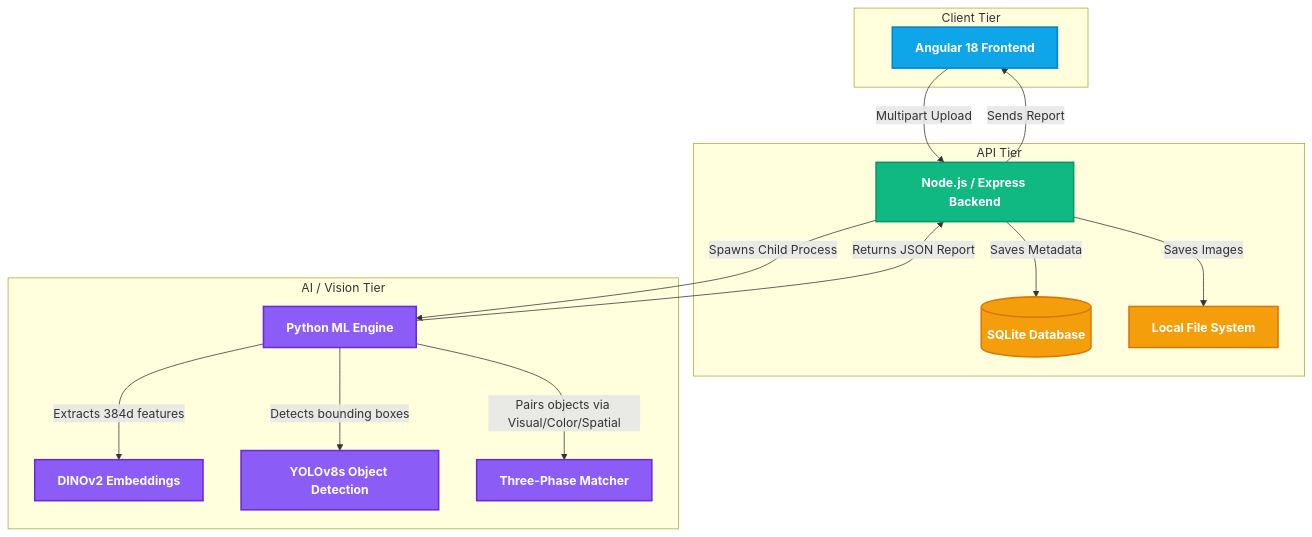
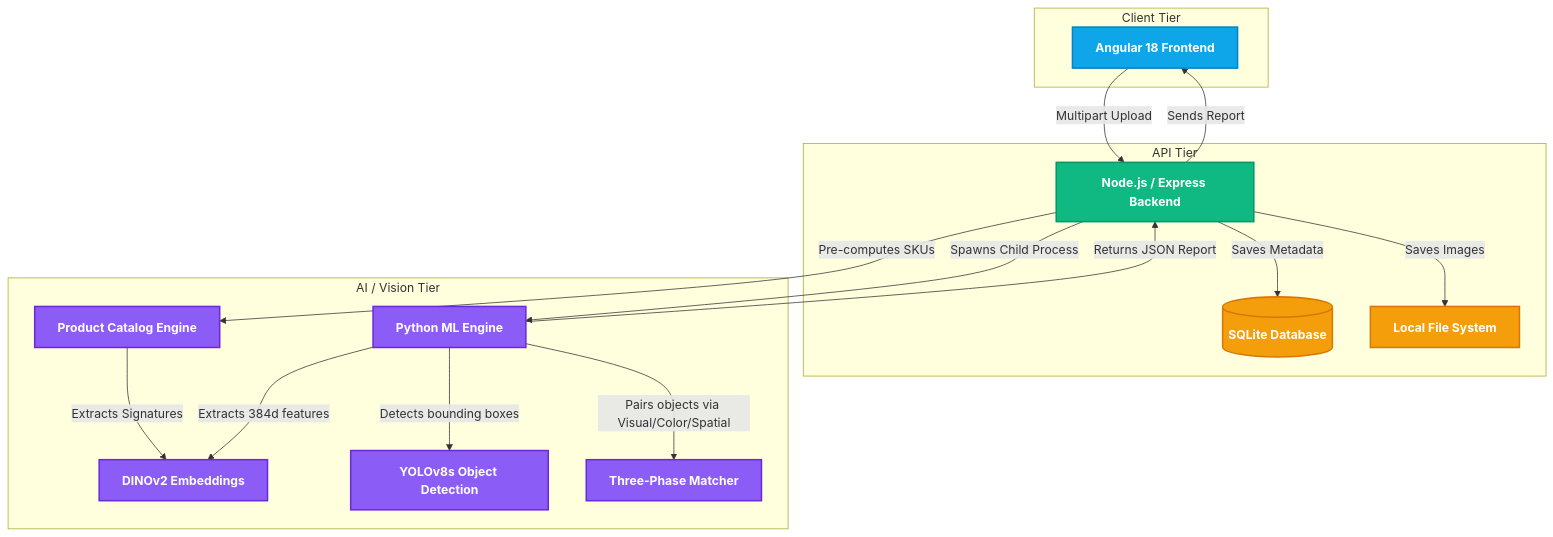
Before and after one commit to itzRohit45/Planogram: the second of 4 diagrams in README.md, drawn with Mermaid. The commit also changed other lines of this file, not shown here.

Commit message:
docs: add catalog workflow diagrams and fix image caching

````diff
--- a/README.md
+++ b/README.md
@@ -58,39 +58,42 @@
 ```mermaid
 graph TD
     %% Define Styles
     classDef frontend fill:#0ea5e9,stroke:#0284c7,stroke-width:2px,color:#fff,font-weight:bold;
     classDef backend fill:#10b981,stroke:#059669,stroke-width:2px,color:#fff,font-weight:bold;
     classDef ml fill:#8b5cf6,stroke:#6d28d9,stroke-width:2px,color:#fff,font-weight:bold;
     classDef db fill:#f59e0b,stroke:#d97706,stroke-width:2px,color:#fff,font-weight:bold;
     
     %% Nodes
     subgraph "Client Tier"
         A[Angular 18 Frontend]:::frontend
     end
 
     subgraph "API Tier"
         B[Node.js / Express Backend]:::backend
         DB[(SQLite Database)]:::db
         Files[Local File System]:::db
     end
 
     subgraph "AI / Vision Tier"
         C[Python ML Engine]:::ml
         Dino[DINOv2 Embeddings]:::ml
         Yolo[YOLOv8s Object Detection]:::ml
         ThreePhase[Three-Phase Matcher]:::ml
+        Catalog[Product Catalog Engine]:::ml
     end
 
     %% Relationships
     A -->|Multipart Upload| B
     B -->|Saves Metadata| DB
     B -->|Saves Images| Files
     B -->|Spawns Child Process| C
+    B -->|Pre-computes SKUs| Catalog
     
+    Catalog -->|Extracts Signatures| Dino
     C -->|Detects bounding boxes| Yolo
     C -->|Extracts 384d features| Dino
     C -->|Pairs objects via Visual/Color/Spatial| ThreePhase
     
     C -->|Returns JSON Report| B
     B -->|Sends Report| A
 ```
````
